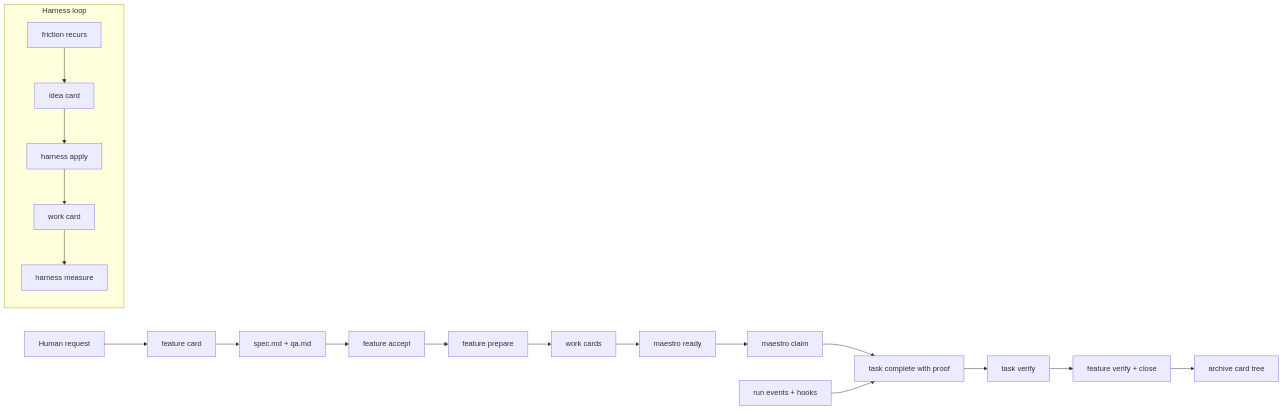
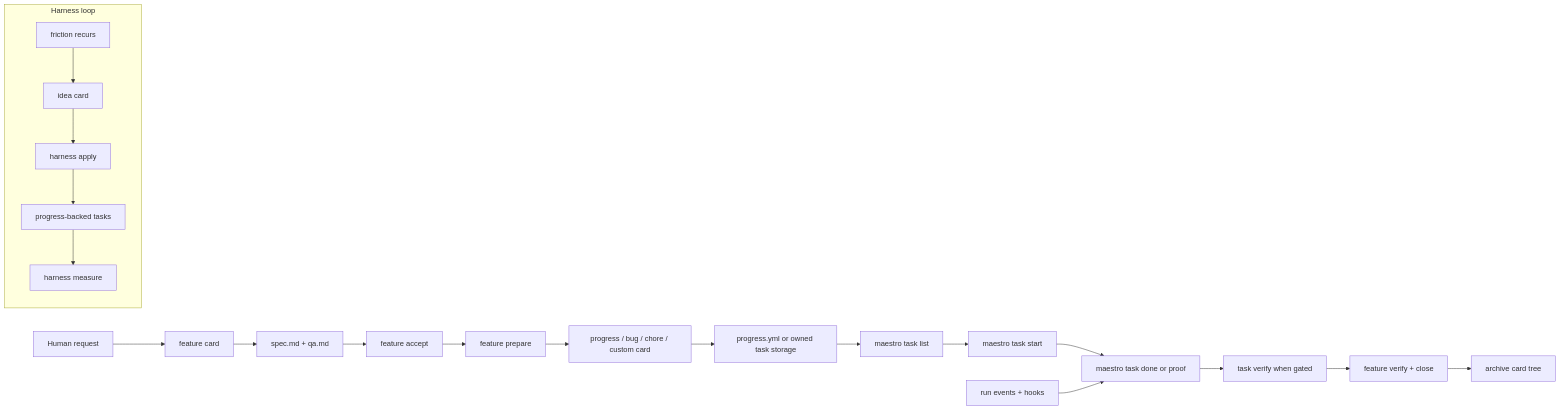
One commit to ReinaMacCredy/maestro changed the first of 2 diagrams in README.md. Above: the diagram before and after it, drawn with Mermaid. The commit also changed other lines of this file and 1 other file, not shown here.

First line of the commit message:
docs: update README card model for progress

````diff
--- a/README.md
+++ b/README.md
@@ -56,23 +58,24 @@
 ```mermaid
 flowchart LR
     A[Human request] --> B[feature card]
     B --> C[spec.md + qa.md]
     C --> D[feature accept]
     D --> E[feature prepare]
-    E --> F[work cards]
-    F --> G[maestro ready]
-    G --> H[maestro claim]
-    H --> I[task complete with proof]
-    I --> J[task verify]
-    J --> K[feature verify + close]
-    K --> L[archive card tree]
+    E --> F[progress / bug / chore / custom card]
+    F --> G[progress.yml or owned task storage]
+    G --> H[maestro task list]
+    H --> I[maestro task start]
+    I --> J[maestro task done or proof]
+    J --> K[task verify when gated]
+    K --> L[feature verify + close]
+    L --> M[archive card tree]
 
-    R[run events + hooks] --> I
+    R[run events + hooks] --> J
 
     subgraph Harness loop
-        M[friction recurs] --> N[idea card]
-        N --> O[harness apply]
-        O --> P[work card]
-        P --> Q[harness measure]
+        N[friction recurs] --> O[idea card]
+        O --> P[harness apply]
+        P --> Q[progress-backed tasks]
+        Q --> S[harness measure]
     end
 ```
````
